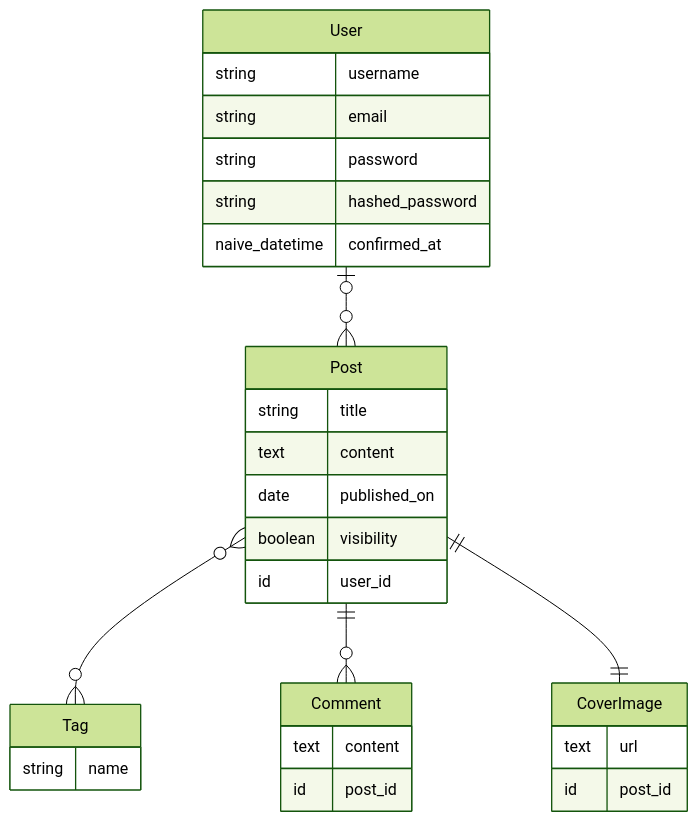
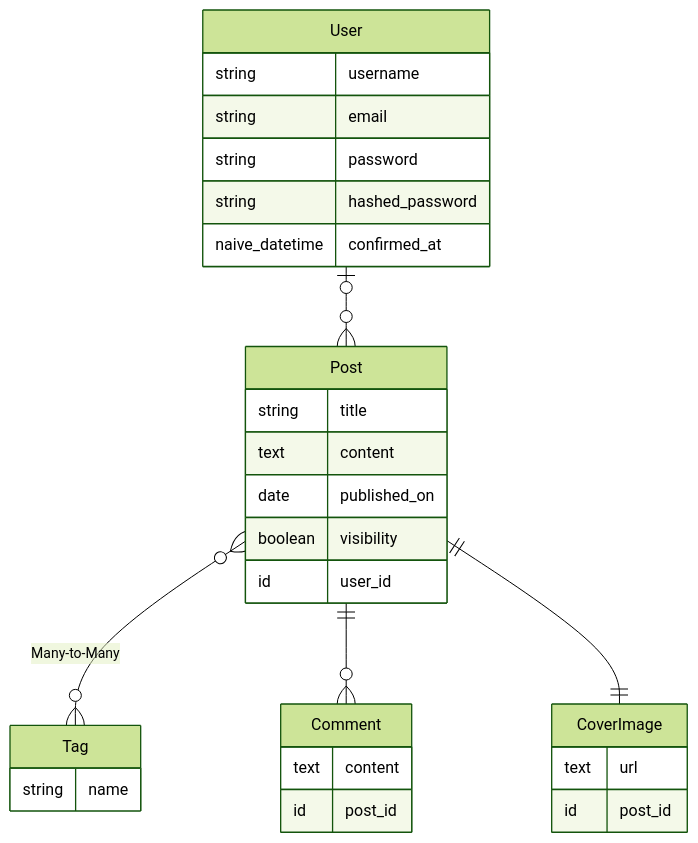
One commit to adamvietro/blog changed the diagram in README.md. Above: the diagram before and after it, drawn with Mermaid (forest theme).

````diff
--- a/README.md
+++ b/README.md
@@ -21,37 +21,37 @@
 ```mermaid
 erDiagram
 User {
   string username
   string email
   string password
   string hashed_password
   naive_datetime confirmed_at
 }
 
 Post {
     string title
     text content
     date published_on
     boolean visibility
     id user_id
 }
 
 CoverImage {
     text url
     id post_id
 }
 
 Comment {
   text content
   id post_id
 }
 
 Tag {
     string name
 }
 
 User |O--O{ Post: ""
-Post }O--O{ Tag: ""
+Post }O--O{ Tag: "Many-to-Many"
 Post ||--O{ Comment: ""
 Post ||--|| CoverImage: ""
 ```
````
